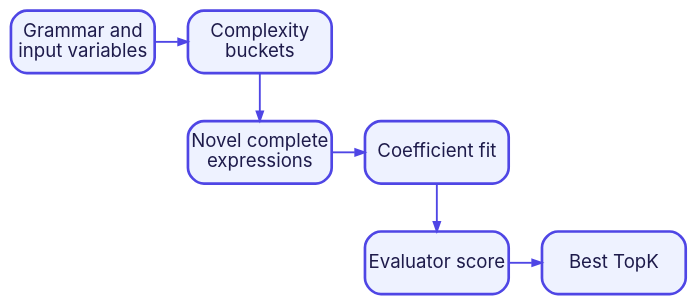
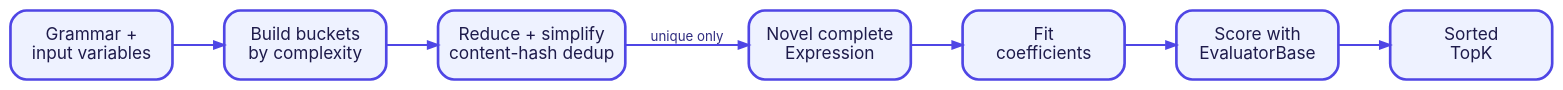
One commit to heal-research/operon changed the diagram in docs/mkdocs/diagrams/grammar-enumeration.dot. Above: the diagram before and after it, drawn with Graphviz. The commit also changed 19 other files, not shown here.

Commit message:
Expand architecture and API documentation

```diff
--- a/docs/mkdocs/diagrams/grammar-enumeration.dot
+++ b/docs/mkdocs/diagrams/grammar-enumeration.dot
@@ -1,22 +1,20 @@
 digraph grammar_enumeration {
-  graph [rankdir=TB, bgcolor="transparent", nodesep=0.35, ranksep=0.5, pad=0.1];
-  node [shape=box, style="rounded,filled", fillcolor="#EEF2FF", color="#4F46E5", penwidth=2, fontname="Inter", fontsize=14, fontcolor="#1E1B4B", width=1.5, height=0.65, fixedsize=true];
-  edge [color="#4F46E5", penwidth=1.4, arrowsize=0.7, fontname="Inter", fontsize=10, fontcolor="#312E81"];
+  graph [rankdir=LR, bgcolor="transparent", nodesep=0.38, ranksep=0.52, pad=0.12];
+  node [shape=box, style="rounded,filled", fillcolor="#EEF2FF", color="#4F46E5", penwidth=2, fontname="Inter", fontsize=13, fontcolor="#1E1B4B", width=1.7, height=0.72];
+  edge [color="#4F46E5", penwidth=1.5, arrowsize=0.75, fontname="Inter", fontsize=10, fontcolor="#312E81"];
 
-  grammar [label="Grammar and\ninput variables"];
-  buckets [label="Complexity\nbuckets"];
-  novel [label="Novel complete\nexpressions"];
-  fit [label="Coefficient fit"];
-  score [label="Evaluator score"];
-  topk [label="Best TopK"];
+  grammar [label="Grammar +\ninput variables"];
+  build [label="Build buckets\nby complexity"];
+  canonical [label="Reduce + simplify\ncontent-hash dedup"];
+  novel [label="Novel complete\nExpression"];
+  fit [label="Fit\ncoefficients"];
+  score [label="Score with\nEvaluatorBase"];
+  topk [label="Sorted\nTopK"];
 
-  { rank=same; grammar; buckets; }
-  { rank=same; novel; fit; }
-  { rank=same; score; topk; }
-
-  grammar -> buckets;
-  buckets -> novel;
+  grammar -> build;
+  build -> canonical;
+  canonical -> novel [label="unique only"];
   novel -> fit;
   fit -> score;
   score -> topk;
 }
```
